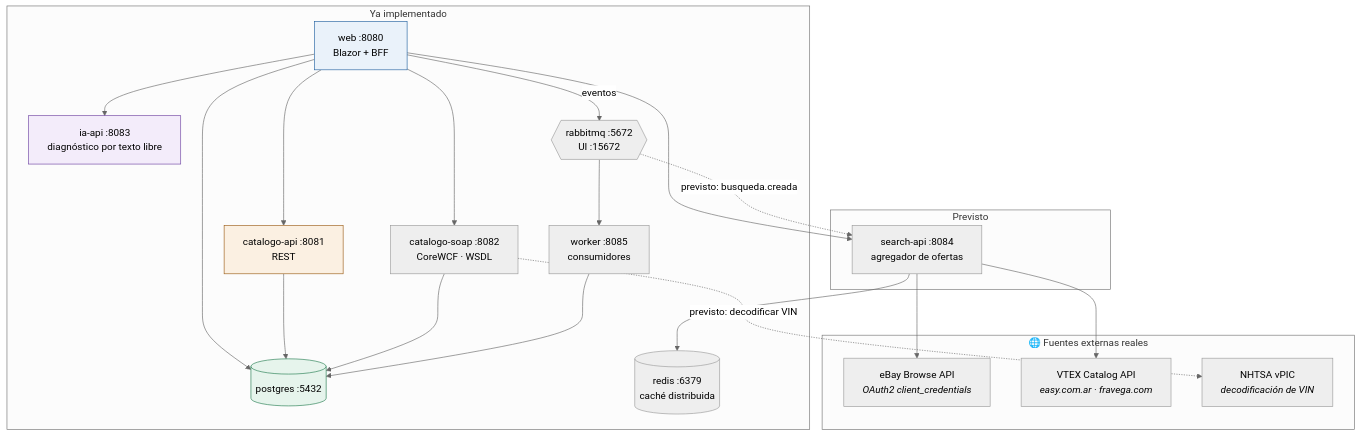
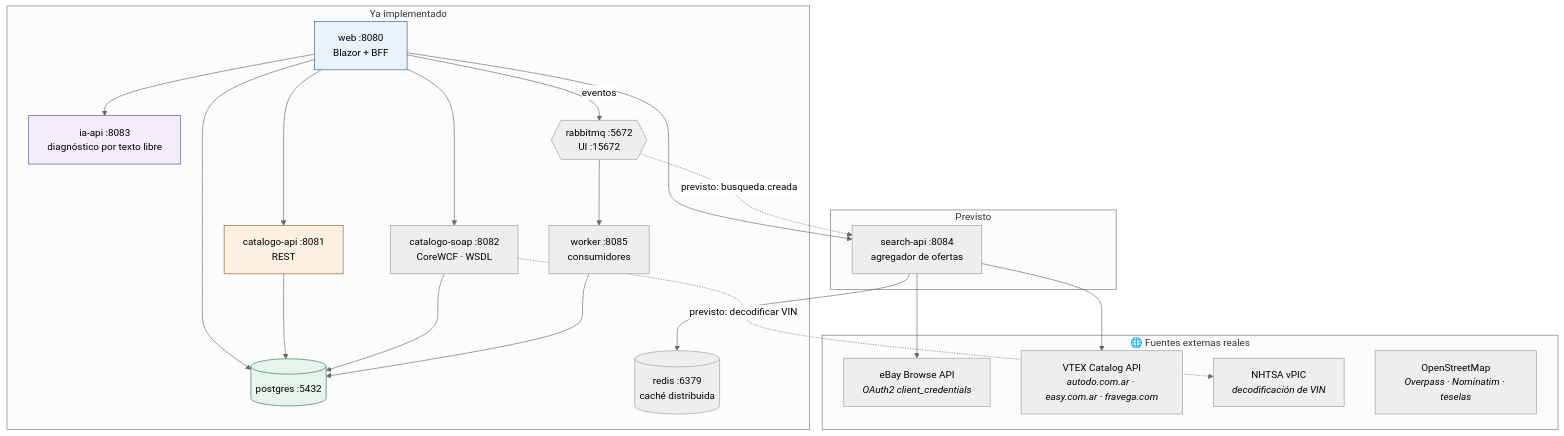
The second of 2 diagrams in docs/diagramas/despliegue.md (lfb-00/tp-apps-2), drawn with Mermaid (neutral theme) before and after one commit. The commit also changed other lines of this file and 10 other files, not shown here.

````diff
--- a/docs/diagramas/despliegue.md
+++ b/docs/diagramas/despliegue.md
@@ -146,44 +146,45 @@
 ```mermaid
 flowchart TB
     subgraph implementado["Ya implementado"]
         W["web :8080<br/>Blazor + BFF"]
         A["catalogo-api :8081<br/>REST"]
         IA["ia-api :8083<br/>diagnóstico por texto libre"]
         SOAP["catalogo-soap :8082<br/>CoreWCF · WSDL"]
         P[("postgres :5432")]
         R[("redis :6379<br/>caché distribuida")]
         MQ{{"rabbitmq :5672<br/>UI :15672"}}
         WK["worker :8085<br/>consumidores"]
     end
 
     subgraph previsto["Previsto"]
         S["search-api :8084<br/>agregador de ofertas"]
     end
 
     subgraph externo["🌐 Fuentes externas reales"]
         EB["eBay Browse API<br/><i>OAuth2 client_credentials</i>"]
-        VT["VTEX Catalog API<br/><i>easy.com.ar · fravega.com</i>"]
+        VT["VTEX Catalog API<br/><i>autodo.com.ar · easy.com.ar · fravega.com</i>"]
         VP["NHTSA vPIC<br/><i>decodificación de VIN</i>"]
+        OSM["OpenStreetMap<br/><i>Overpass · Nominatim · teselas</i>"]
     end
 
     W --> A
     W --> S
     W --> IA
     W --> SOAP
     W --> P
     A --> P
     S --> R
     S --> EB
     S --> VT
     SOAP --> P
     SOAP -. "previsto: decodificar VIN" .-> VP
     W -- "eventos" --> MQ
     MQ --> WK
     WK --> P
     MQ -. "previsto: busqueda.creada" .-> S
 
     style W fill:#eaf2fa,stroke:#1f5f9e
     style A fill:#fbf0e2,stroke:#9a5b13
     style IA fill:#f3ecfa,stroke:#6b3fa0
     style P fill:#e6f4ec,stroke:#1f7a4d
 ```
````
